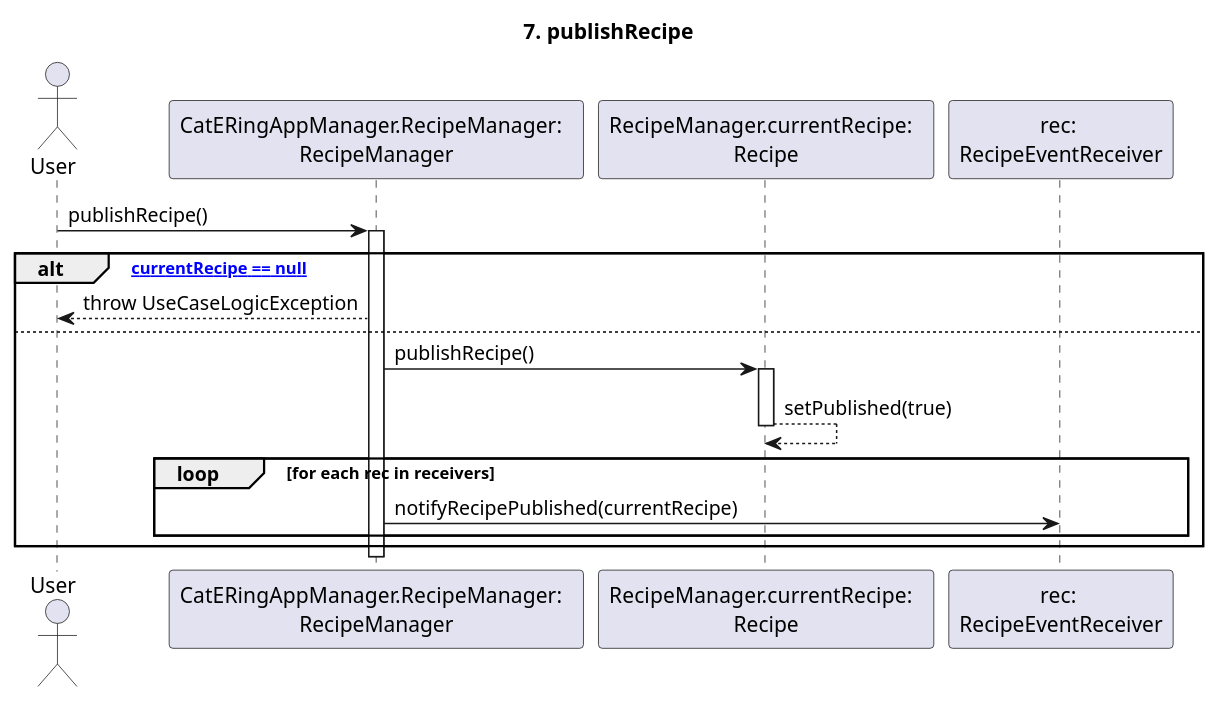
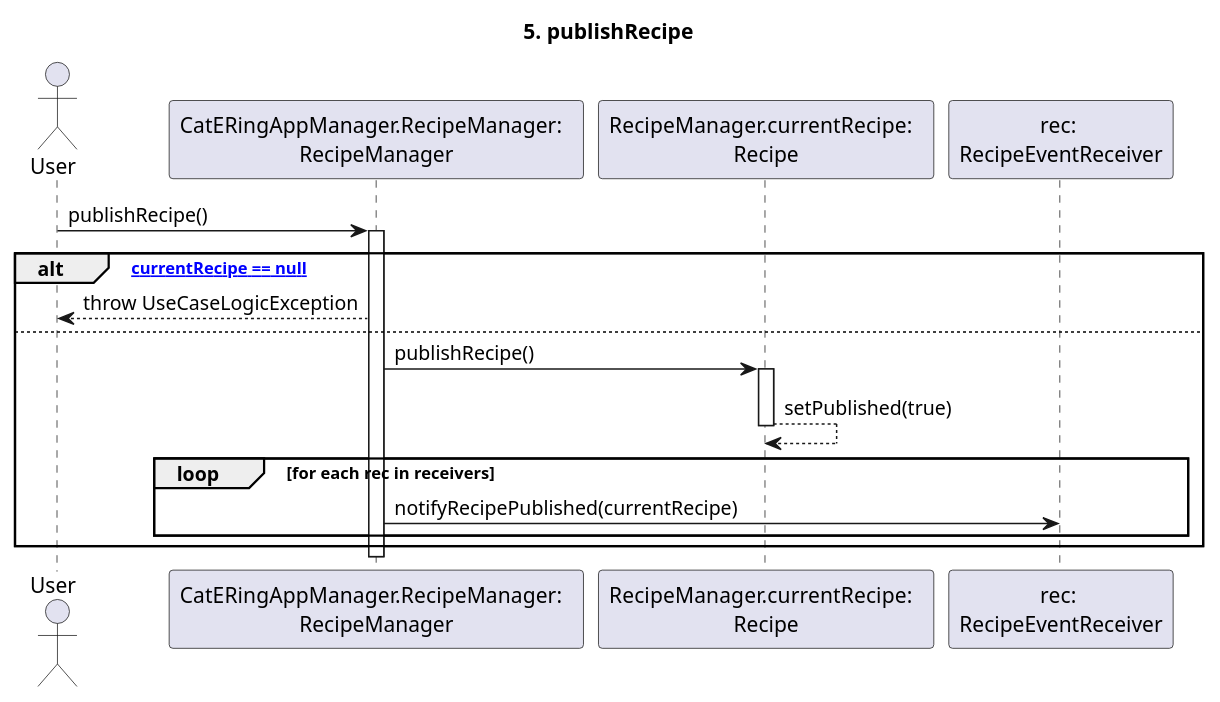
The diagram in dsd/dsd-ricette/5-publishRecipe.md (m0canu1/sas), drawn with PlantUML before and after one commit. The commit also changed 2 other files, not shown here.

Commit message:
corretti

````diff
--- a/dsd/dsd-ricette/5-publishRecipe.md
+++ b/dsd/dsd-ricette/5-publishRecipe.md
@@ -1,27 +1,31 @@
 ```plantuml
 
-title: 7. publishRecipe
+title: 5. publishRecipe
 
 Actor User
 Participant "CatERingAppManager.RecipeManager:  \nRecipeManager" as RM
 Participant "RecipeManager.currentRecipe:  \nRecipe" as CR
 Participant "rec: \nRecipeEventReceiver" as RER
 
 User -> RM: publishRecipe()
 Activate RM
 
 alt ["currentRecipe == null"]
 	RM --> User: throw UseCaseLogicException
 else
 	RM -> CR: publishRecipe()
+
 	Activate CR
-  CR --> CR: setPublished(true)
-	Deactivate CR
+    CR --> CR: setPublished(true)
+     Deactivate CR   
+  
+	
 	loop for each rec in receivers
 		RM -> RER: notifyRecipePublished(currentRecipe)
 	end
+
 end
 Deactivate RM
 
 
 ```
````
